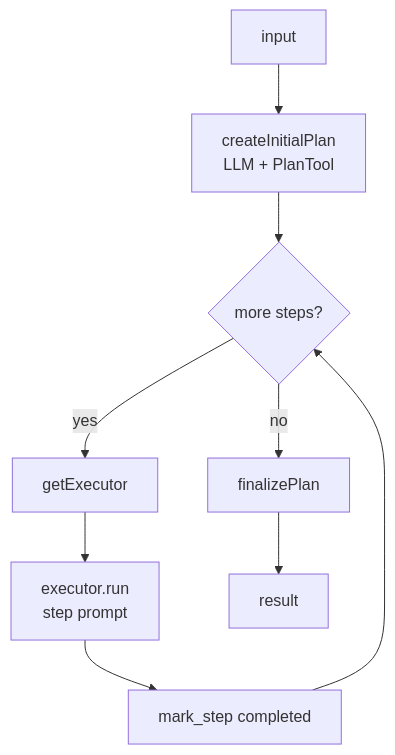
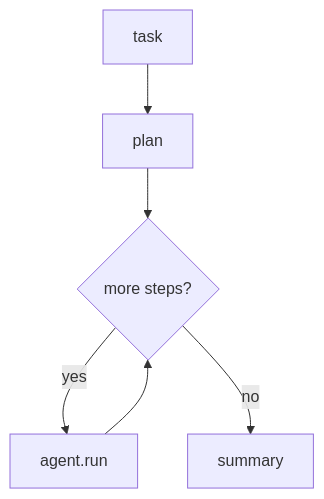
One commit to jixie-wish/Janus changed the sixth of 6 diagrams in core/docs/AGENT-FLOW.en.md. Above: the diagram before and after it, drawn with Mermaid. The commit also changed other lines of this file, not shown here.

````diff
--- a/core/docs/AGENT-FLOW.en.md
+++ b/core/docs/AGENT-FLOW.en.md
@@ -172,11 +168,8 @@
 ```mermaid
 flowchart TB
-    IN[input] --> PLAN[createInitialPlan<br/>LLM + PlanTool]
+    IN[task] --> PLAN[plan]
     PLAN --> LOOP{more steps?}
-    LOOP -->|yes| PICK[getExecutor]
-    PICK --> RUN[executor.run<br/>step prompt]
-    RUN --> MARK[mark_step completed]
-    MARK --> LOOP
-    LOOP -->|no| FIN[finalizePlan]
-    FIN --> OUT[result]
+    LOOP -->|yes| RUN[agent.run]
+    RUN --> LOOP
+    LOOP -->|no| FIN[summary]
 ```
````
